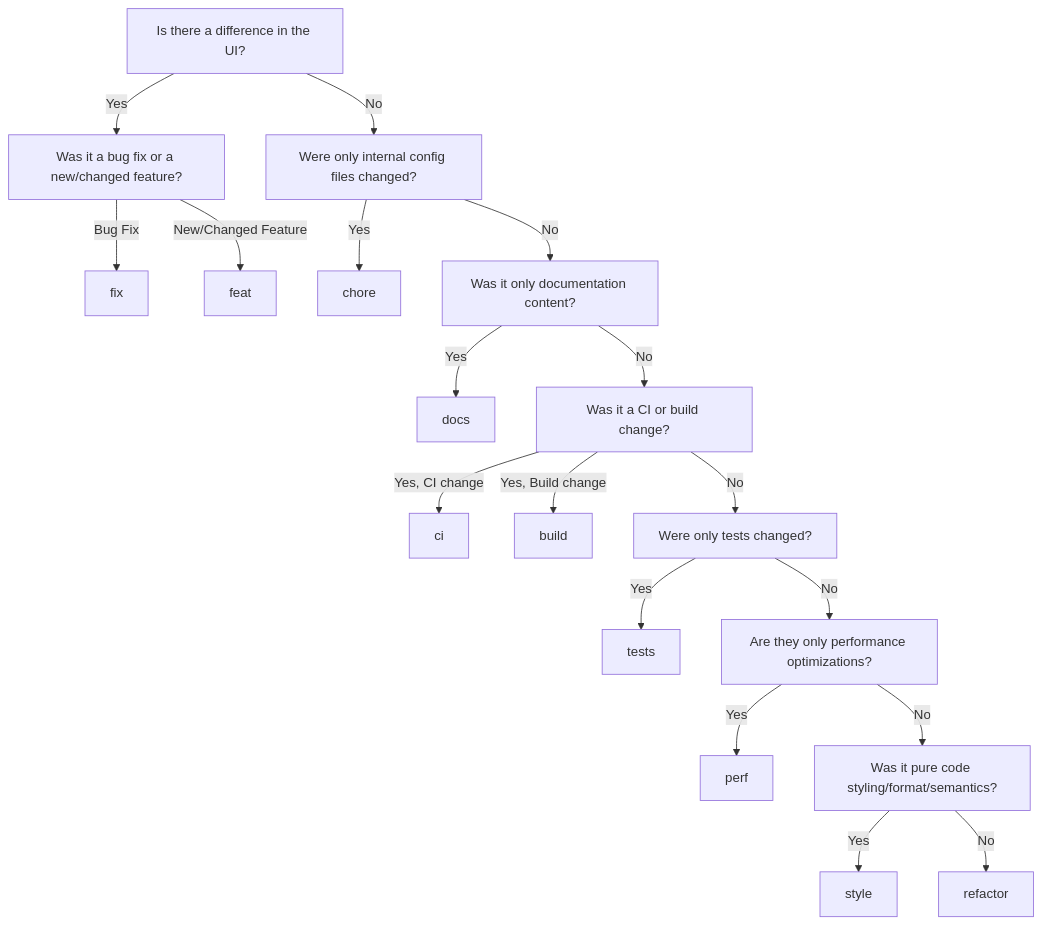
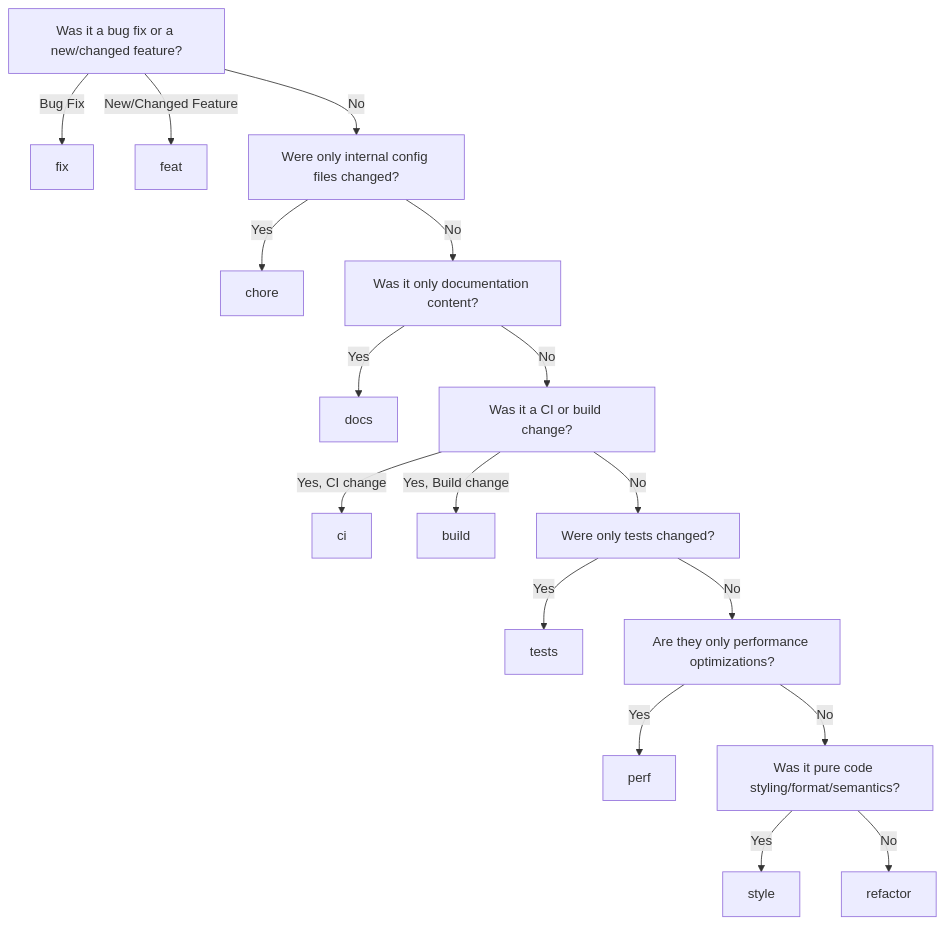
One commit to cuhacking/2025 changed the first of 3 diagrams in src/content/docs/contribution-guidelines/conventional-commits.mdx. Above: the diagram before and after it, drawn with Mermaid. The commit also changed other lines of this file, not shown here.

Commit message:
fix(docs/conventional-commits): mermaid charts not rendering properly

````diff
--- a/src/content/docs/contribution-guidelines/conventional-commits.mdx
+++ b/src/content/docs/contribution-guidelines/conventional-commits.mdx
@@ -30,21 +35,20 @@
 ```mermaid
 flowchart TD
-n9["Is there a difference in the UI?"]
-n9 --> |"Yes"| n10["Was it a bug fix or a new/changed feature?"]
-n10 --> |"Bug Fix"| n11["fix"]
-n10 --> |"New/Changed Feature"| n12["feat"]
-n9 --> |"No"| n2["Were only internal config files changed?"]
-n2 --> |"Yes"| n3["chore"]
-n2 --> |"No"| n4["Was it only documentation content?"]
-n4 --> |"Yes"| n6["docs"]
-n4 --> |"No"| n18["Was it a CI or build change?"]
-n18 --> |"Yes, CI change"| n19["ci"]
-n18 --> |"Yes, Build change"| n20["build"]
-n18 --> |"No"| n7["Were only tests changed?"]
-n7 --> |"Yes"| n8["tests"]
-n7 --> |"No"| n13["Are they only performance optimizations?"]
-n13 --> |"Yes"| n14["perf"]
-n13 --> |"No"| n15["Was it pure code styling/format/semantics?"]
-n15 --> |"Yes"| n16["style"]
-n15 --> |"No"| n17["refactor"]
+n1["Was it a bug fix or a new/changed feature?"]
+n1 --> |"Bug Fix"| n2["fix"]
+n1 --> |"New/Changed Feature"| n3["feat"]
+n1 --> |"No"| n5["Were only internal config files changed?"]
+n5 --> |"Yes"| n6["chore"]
+n5 --> |"No"| n7["Was it only documentation content?"]
+n7 --> |"Yes"| n8["docs"]
+n7 --> |"No"| n9["Was it a CI or build change?"]
+n9 --> |"Yes, CI change"| n10["ci"]
+n9 --> |"Yes, Build change"| n11["build"]
+n9 --> |"No"| n12["Were only tests changed?"]
+n12 --> |"Yes"| n13["tests"]
+n12 --> |"No"| n14["Are they only performance optimizations?"]
+n14 --> |"Yes"| n15["perf"]
+n14 --> |"No"| n16["Was it pure code styling/format/semantics?"]
+n16 --> |"Yes"| n17["style"]
+n16 --> |"No"| n18["refactor"]
 ```
````
